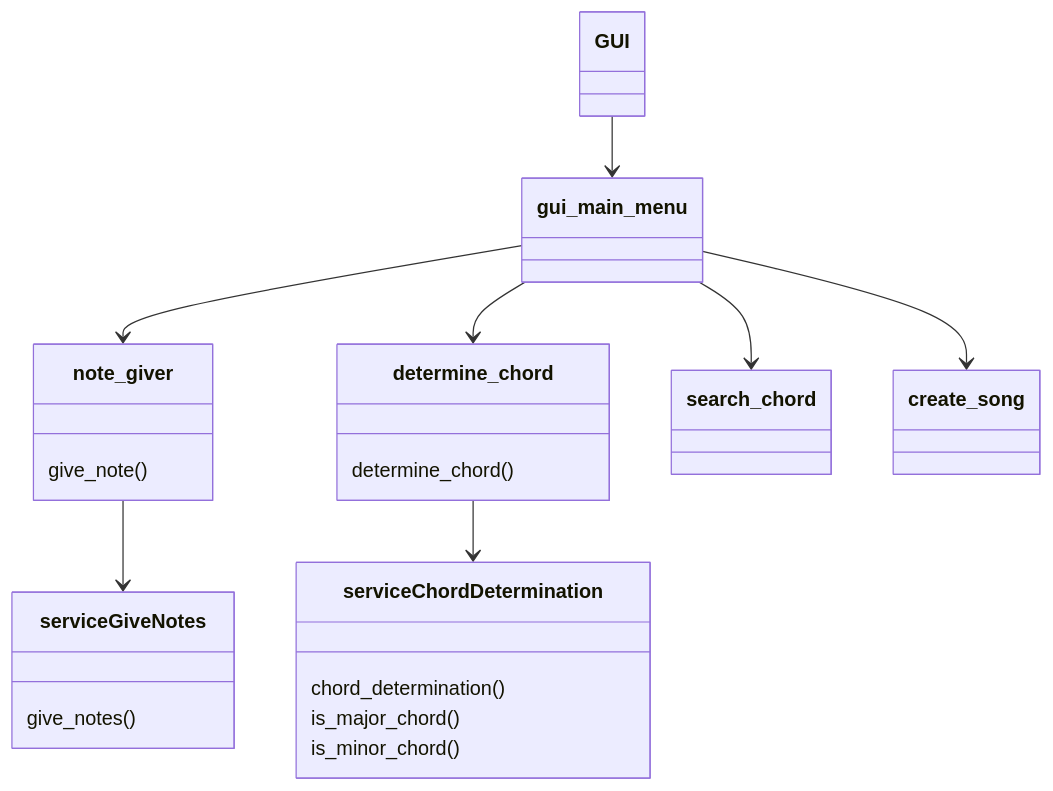
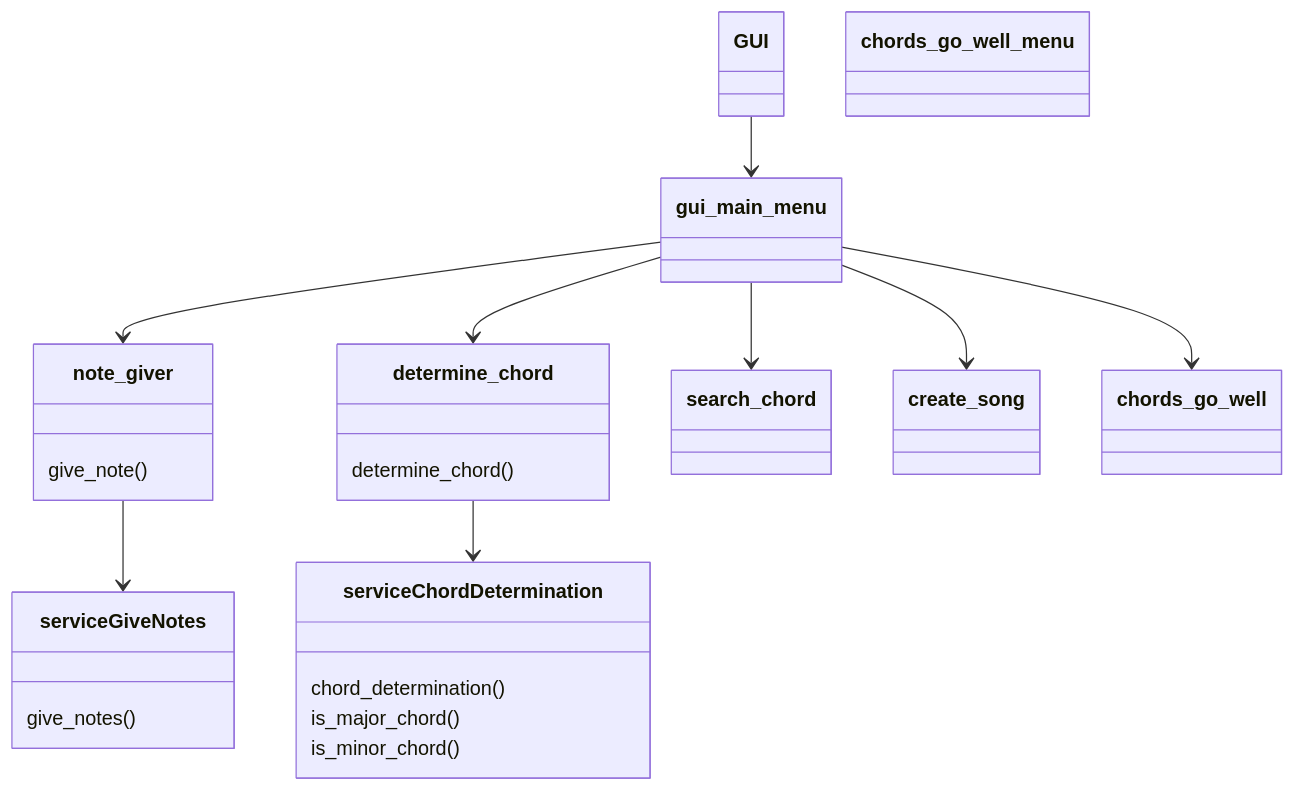
The second of 2 diagrams in dokumentaatio/arkkitehtuuri.md (Aaltonenn/ot-harjoitustyo), drawn with Mermaid before and after one commit.

````diff
--- a/dokumentaatio/arkkitehtuuri.md
+++ b/dokumentaatio/arkkitehtuuri.md
@@ -46,30 +46,33 @@
 ```mermaid
  classDiagram
       GUI --> gui_main_menu
       gui_main_menu --> note_giver
       gui_main_menu --> determine_chord
       gui_main_menu --> search_chord
       gui_main_menu --> create_song
+      gui_main_menu --> chords_go_well
 
       note_giver --> serviceGiveNotes
       determine_chord --> serviceChordDetermination
       
       class serviceChordDetermination{
       chord_determination()
       is_major_chord()
       is_minor_chord()
       }
       class serviceGiveNotes{
       give_notes()
       }
       class note_giver{
       give_note()
       }
       class determine_chord{
       determine_chord()
       }
       class gui_main_menu{
       }
+      class chords_go_well_menu{
+      }
       
       
 ```
````
